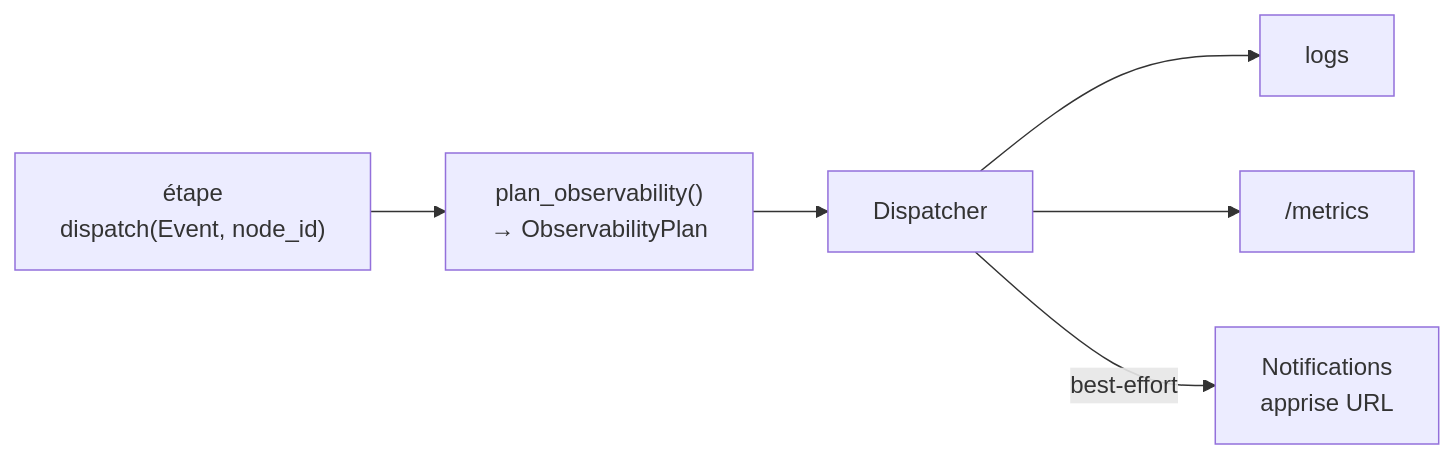
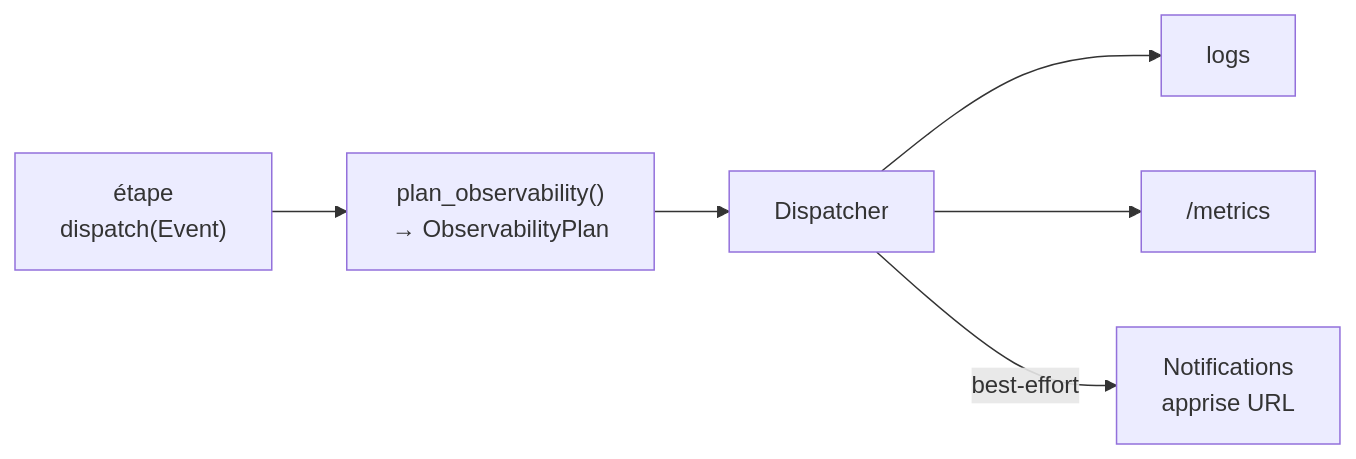
Before and after one commit to mission-titar/p2pwatch: diagram 12 of 12 in docs/contributing/architecture.md, drawn with Mermaid. The commit also changed other lines of this file and 15 other files, not shown here.

````diff
--- a/docs/contributing/architecture.md
+++ b/docs/contributing/architecture.md
@@ -675,14 +675,14 @@
 ```mermaid
 flowchart LR
-  uc["étape<br/>dispatch(Event, node_id)"]
+  uc["étape<br/>dispatch(Event)"]
   desc["plan_observability()<br/>→ ObservabilityPlan"]
   disp["Dispatcher"]
   log["logs"]
   prom["/metrics"]
   notif["Notifications<br/>apprise URL"]
 
   uc --> desc --> disp
   disp --> log
   disp --> prom
   disp -->|best-effort| notif
 ```
````
